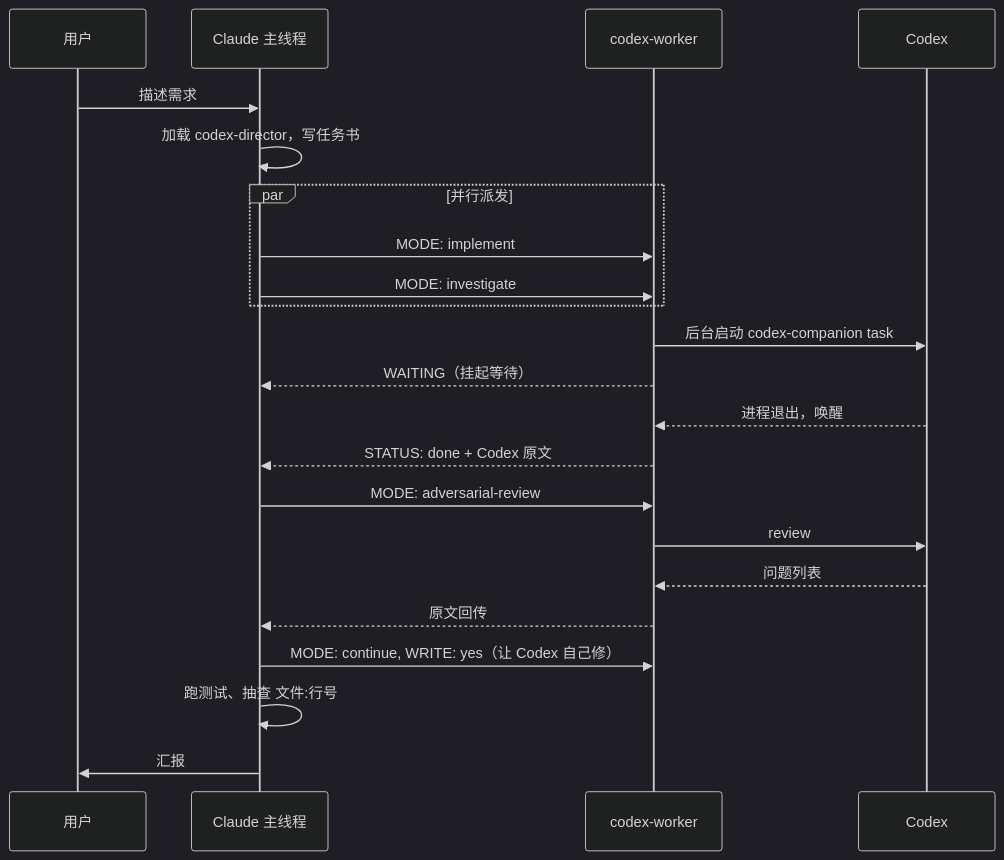
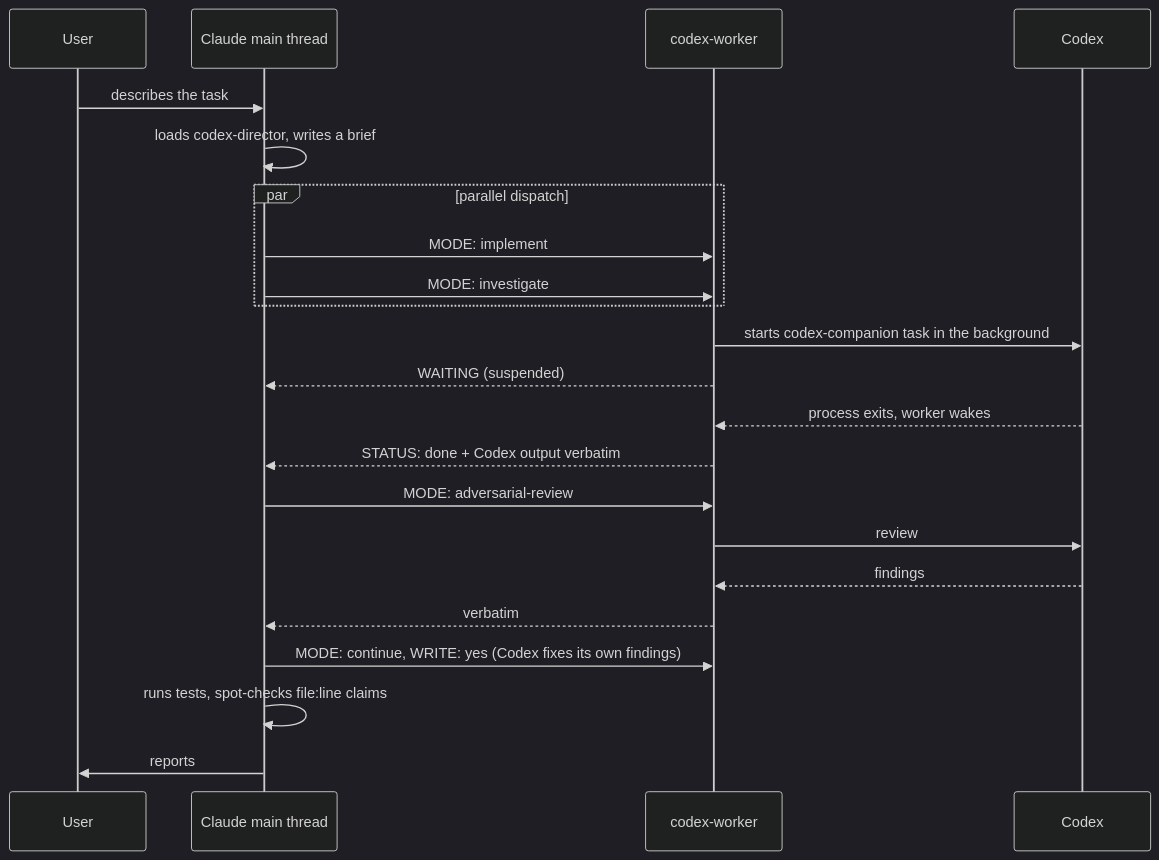
One commit to y-cruce/codex-director changed the diagram in README.md. Above: the diagram before and after it, drawn with Mermaid (dark theme). The commit also changed other lines of this file and 1 other file, not shown here.

````diff
--- a/README.md
+++ b/README.md
@@ -19,25 +21,25 @@
 ```mermaid
 sequenceDiagram
-    participant U as 用户
-    participant C as Claude 主线程
+    participant U as User
+    participant C as Claude main thread
     participant W as codex-worker
     participant X as Codex
 
-    U->>C: 描述需求
-    C->>C: 加载 codex-director，写任务书
-    par 并行派发
+    U->>C: describes the task
+    C->>C: loads codex-director, writes a brief
+    par parallel dispatch
         C->>W: MODE: implement
         C->>W: MODE: investigate
     end
-    W->>X: 后台启动 codex-companion task
-    W-->>C: WAITING（挂起等待）
-    X-->>W: 进程退出，唤醒
-    W-->>C: STATUS: done + Codex 原文
+    W->>X: starts codex-companion task in the background
+    W-->>C: WAITING (suspended)
+    X-->>W: process exits, worker wakes
+    W-->>C: STATUS: done + Codex output verbatim
     C->>W: MODE: adversarial-review
     W->>X: review
-    X-->>W: 问题列表
-    W-->>C: 原文回传
-    C->>W: MODE: continue, WRITE: yes（让 Codex 自己修）
-    C->>C: 跑测试、抽查 文件:行号
-    C->>U: 汇报
+    X-->>W: findings
+    W-->>C: verbatim
+    C->>W: MODE: continue, WRITE: yes (Codex fixes its own findings)
+    C->>C: runs tests, spot-checks file:line claims
+    C->>U: reports
 ```
````
